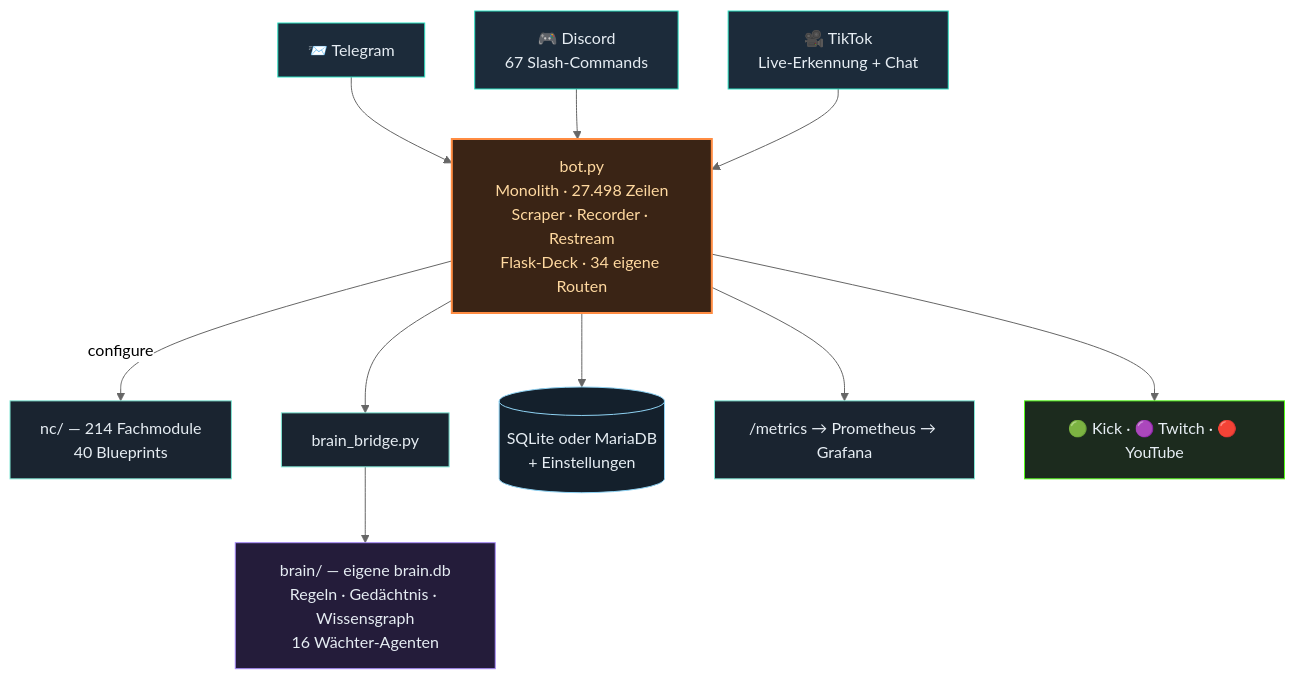
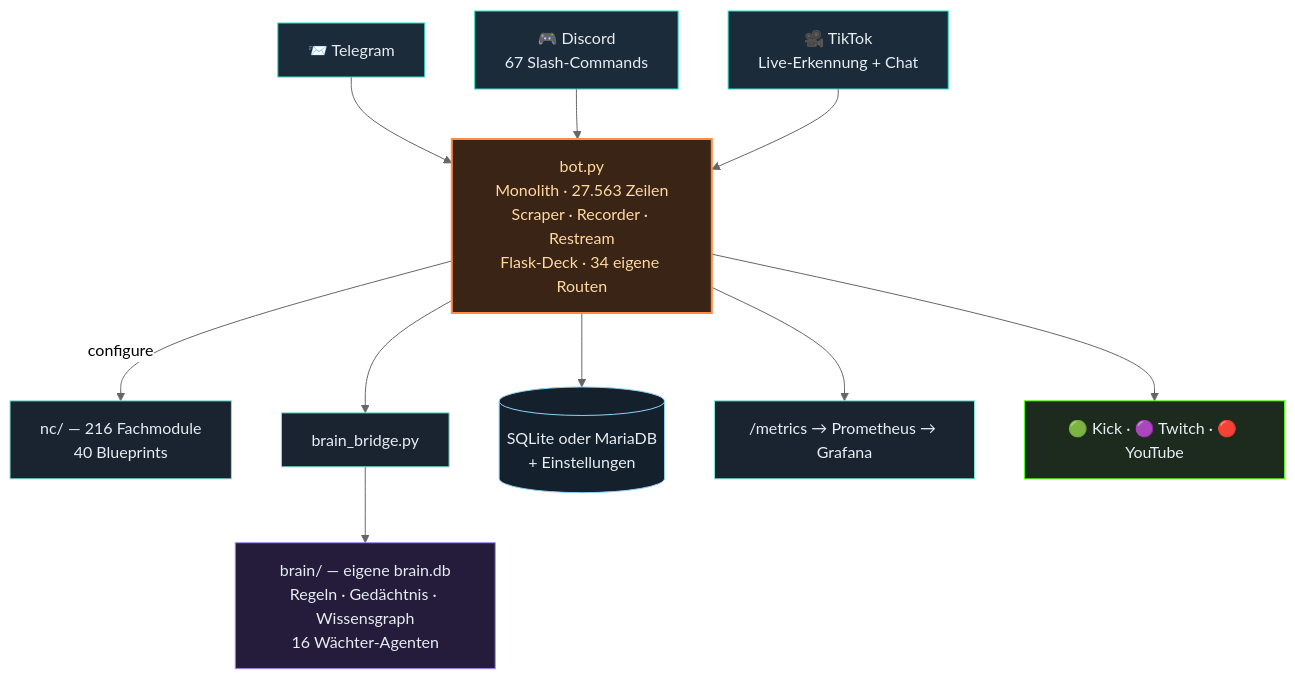
One commit to itsamemedev/Telegram-Stream-Info-Bot changed the second of 3 diagrams in README.md. Above: the diagram before and after it, drawn with Mermaid (neutral theme). The commit also changed other lines of this file and 32 other files, not shown here.

````diff
--- a/README.md
+++ b/README.md
@@ -118,19 +118,19 @@
 ```mermaid
 flowchart TB
     TG["📨 Telegram"]:::ein --> BOT
     DC["🎮 Discord<br/>67 Slash-Commands"]:::ein --> BOT
     TT["🎥 TikTok<br/>Live-Erkennung + Chat"]:::ein --> BOT
-    BOT["bot.py<br/>Monolith · 27.498 Zeilen<br/>Scraper · Recorder · Restream<br/>Flask-Deck · 34 eigene Routen"]:::core
-    BOT -->|configure| NC["nc/ — 214 Fachmodule<br/>40 Blueprints"]:::lib
+    BOT["bot.py<br/>Monolith · 27.563 Zeilen<br/>Scraper · Recorder · Restream<br/>Flask-Deck · 34 eigene Routen"]:::core
+    BOT -->|configure| NC["nc/ — 216 Fachmodule<br/>40 Blueprints"]:::lib
     BOT --> BR["brain_bridge.py"]:::lib
     BR --> BRAIN["brain/ — eigene brain.db<br/>Regeln · Gedächtnis · Wissensgraph<br/>16 Wächter-Agenten"]:::brain
     BOT --> DB[("SQLite oder MariaDB<br/>+ Einstellungen")]:::db
     BOT --> PROM["/metrics → Prometheus → Grafana"]:::lib
     BOT --> OUT["🟢 Kick · 🟣 Twitch · 🔴 YouTube"]:::out
     classDef ein fill:#1c2b3a,stroke:#2de1c2,color:#e6edf3
     classDef core fill:#3a2415,stroke:#ff8c42,stroke-width:2px,color:#ffd9a0
     classDef lib fill:#1a2430,stroke:#7fe7d4,color:#e6edf3
     classDef brain fill:#241c3a,stroke:#a78bfa,color:#e6edf3
     classDef db fill:#14202c,stroke:#8fd3f4,color:#e6edf3
     classDef out fill:#1c2b1e,stroke:#53fc18,color:#e6edf3
 ```
````
